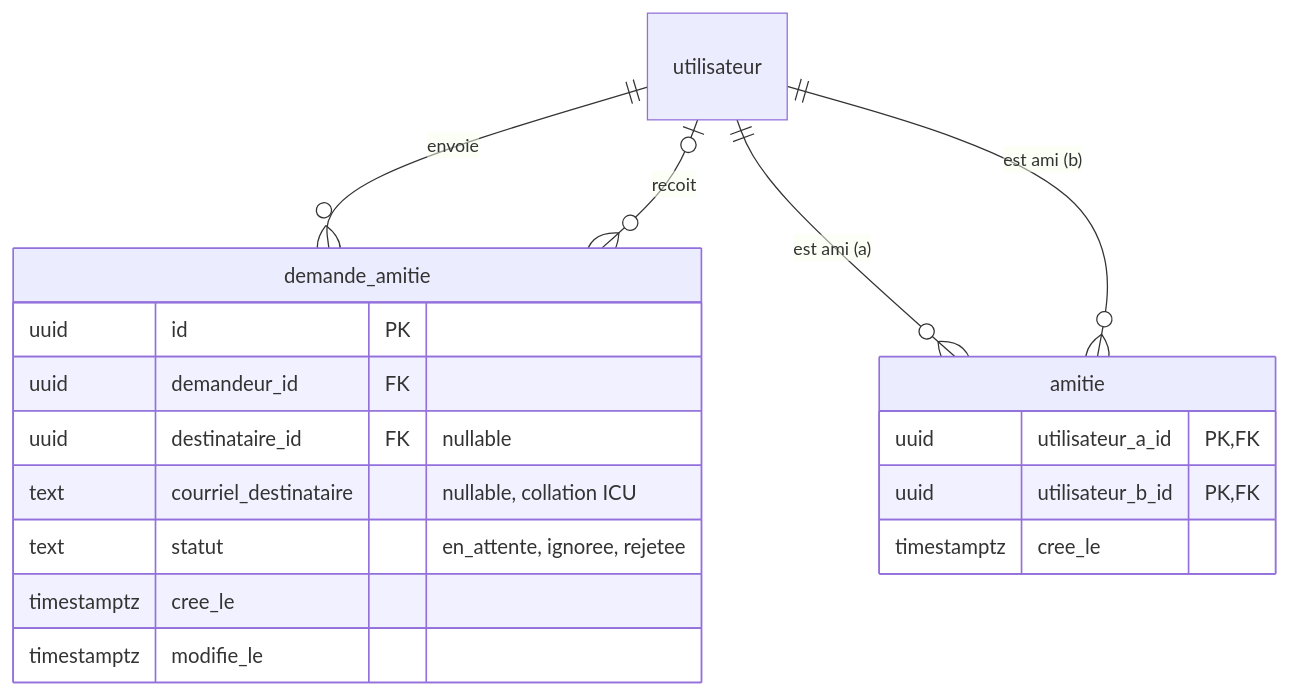
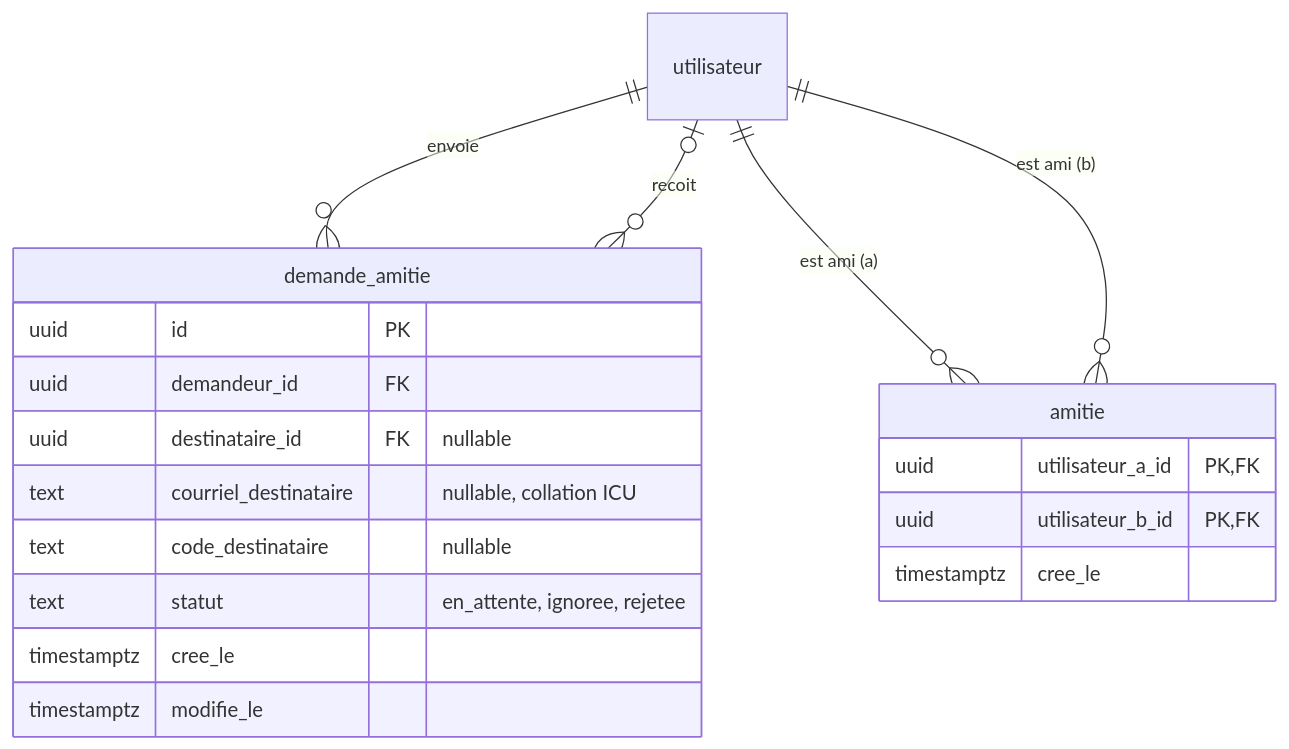
Before and after one commit to jeison-souza/MeepleZone: the fifth of 5 diagrams in docs/schema/schema-donnees.md, drawn with Mermaid. The commit also changed other lines of this file and 1 other file, not shown here.

````diff
--- a/docs/schema/schema-donnees.md
+++ b/docs/schema/schema-donnees.md
@@ -413,23 +413,24 @@
 ```mermaid
 erDiagram
     utilisateur ||--o{ demande_amitie : "envoie"
     utilisateur |o--o{ demande_amitie : "recoit"
     utilisateur ||--o{ amitie : "est ami (a)"
     utilisateur ||--o{ amitie : "est ami (b)"
 
     demande_amitie {
         uuid id PK
         uuid demandeur_id FK
         uuid destinataire_id FK "nullable"
         text courriel_destinataire "nullable, collation ICU"
+        text code_destinataire "nullable"
         text statut "en_attente, ignoree, rejetee"
         timestamptz cree_le
         timestamptz modifie_le
     }
 
     amitie {
         uuid utilisateur_a_id PK, FK
         uuid utilisateur_b_id PK, FK
         timestamptz cree_le
     }
 ```
````
